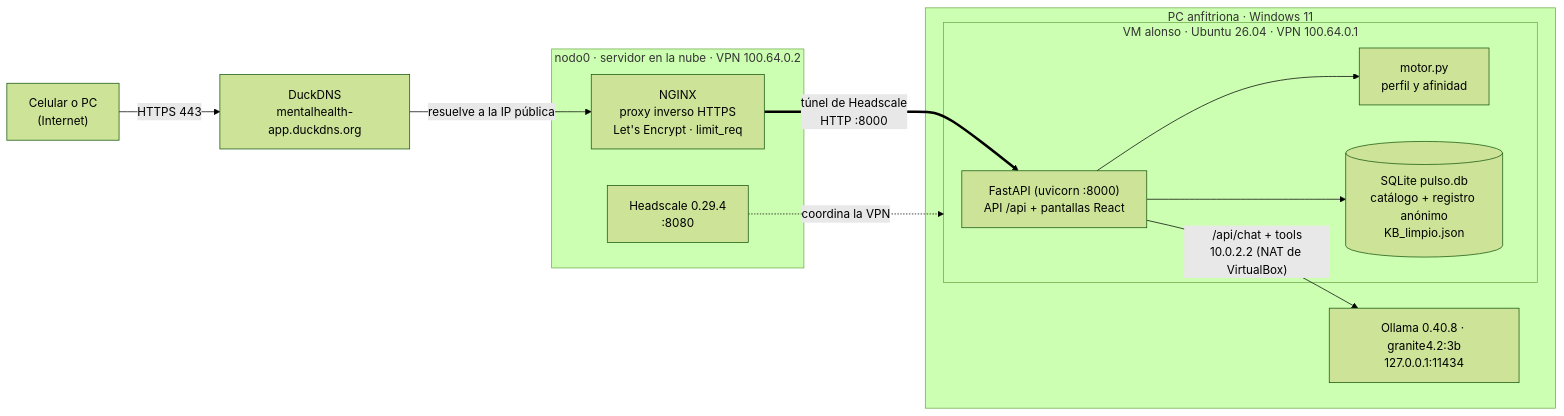
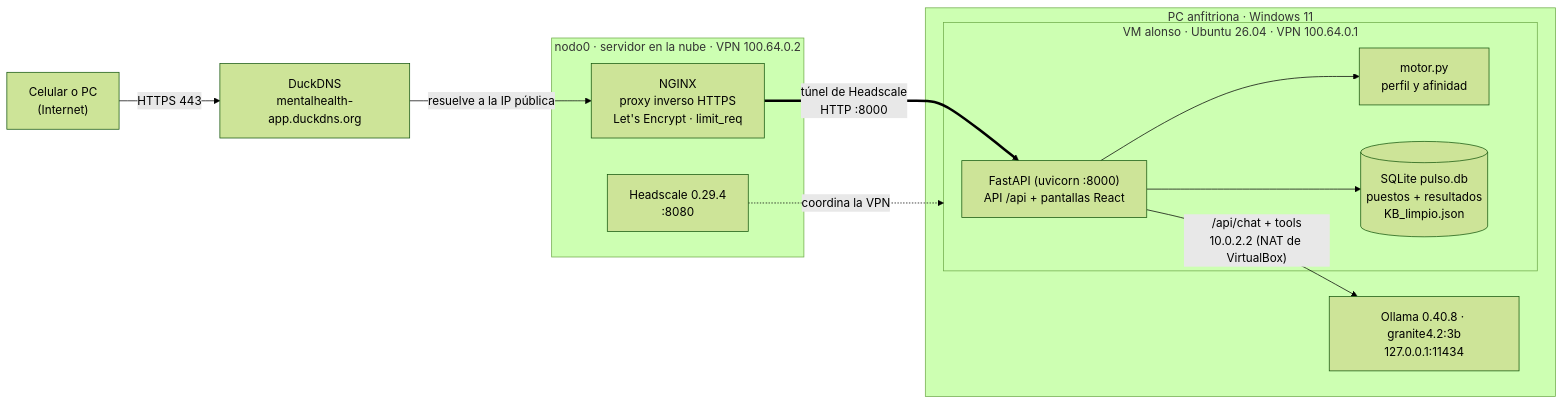
Before and after one commit to JhonMaldo/Pulso: the diagram in README.md, drawn with Mermaid (forest theme). The commit also changed other lines of this file, not shown here.

Commit message:
docs(act-13): base de datos de resultados y panel del jefe

````diff
--- a/README.md
+++ b/README.md
@@ -21,22 +21,22 @@
 ```mermaid
 flowchart LR
   U["Celular o PC<br/>(Internet)"] -->|"HTTPS 443"| D["DuckDNS<br/>mentalhealth-app.duckdns.org"]
   D -->|"resuelve a la IP pública"| N
   subgraph S["nodo0 · servidor en la nube · VPN 100.64.0.2"]
     N["NGINX<br/>proxy inverso HTTPS<br/>Let's Encrypt · limit_req"]
     H["Headscale 0.29.4<br/>:8080"]
   end
   N ==>|"túnel de Headscale<br/>HTTP :8000"| A
   H -.->|"coordina la VPN"| VM
   subgraph PC["PC anfitriona · Windows 11"]
     subgraph VM["VM alonso · Ubuntu 26.04 · VPN 100.64.0.1"]
       A["FastAPI (uvicorn :8000)<br/>API /api + pantallas React"]
       M["motor.py<br/>perfil y afinidad"]
-      K[("SQLite pulso.db<br/>catálogo + registro anónimo<br/>KB_limpio.json")]
+      K[("SQLite pulso.db<br/>puestos + resultados<br/>KB_limpio.json")]
       A --> M
       A --> K
     end
     O["Ollama 0.40.8 · granite4.2:3b<br/>127.0.0.1:11434"]
   end
   A -->|"/api/chat + tools<br/>10.0.2.2 (NAT de VirtualBox)"| O
 ```
````
